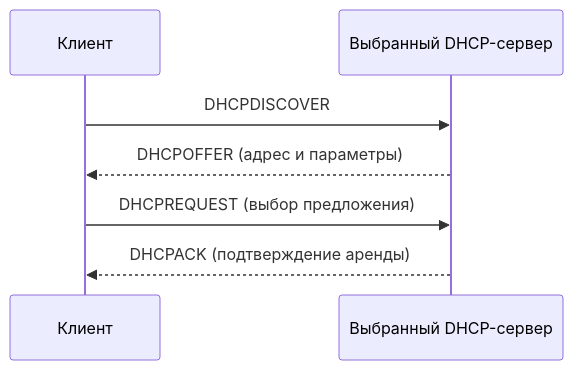
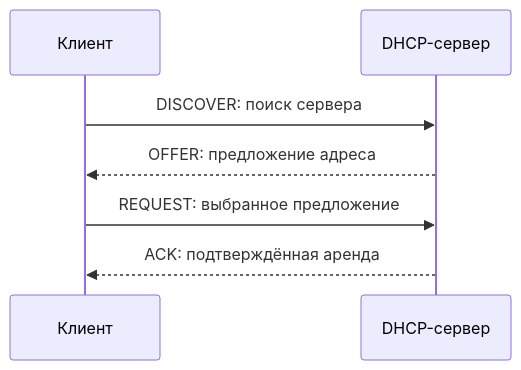
One commit to leary1337/vault changed the diagram in docs/networking/application/dhcp.md. Above: the diagram before and after it, drawn with Mermaid. The commit also changed other lines of this file and 325 other files, not shown here.

````diff
--- a/docs/networking/application/dhcp.md
+++ b/docs/networking/application/dhcp.md
@@ -45,9 +18,9 @@
 ```mermaid
 sequenceDiagram
     participant C as Клиент
-    participant S as Выбранный DHCP-сервер
-    C->>S: DHCPDISCOVER
-    S-->>C: DHCPOFFER (адрес и параметры)
-    C->>S: DHCPREQUEST (выбор предложения)
-    S-->>C: DHCPACK (подтверждение аренды)
+    participant S as DHCP-сервер
+    C->>S: DISCOVER: поиск сервера
+    S-->>C: OFFER: предложение адреса
+    C->>S: REQUEST: выбранное предложение
+    S-->>C: ACK: подтверждённая аренда
 ```
````
